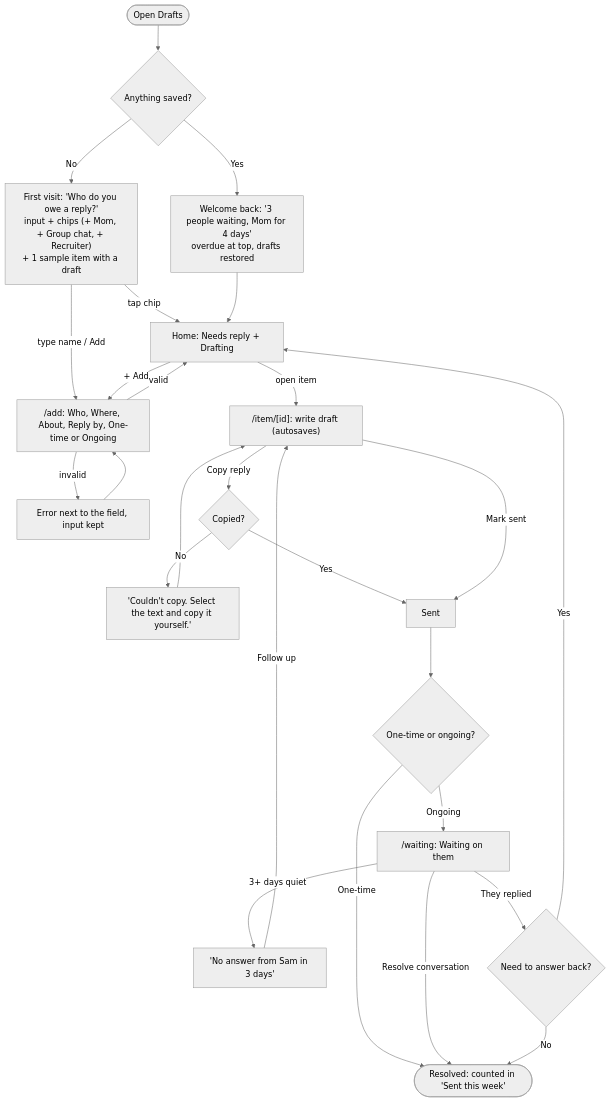
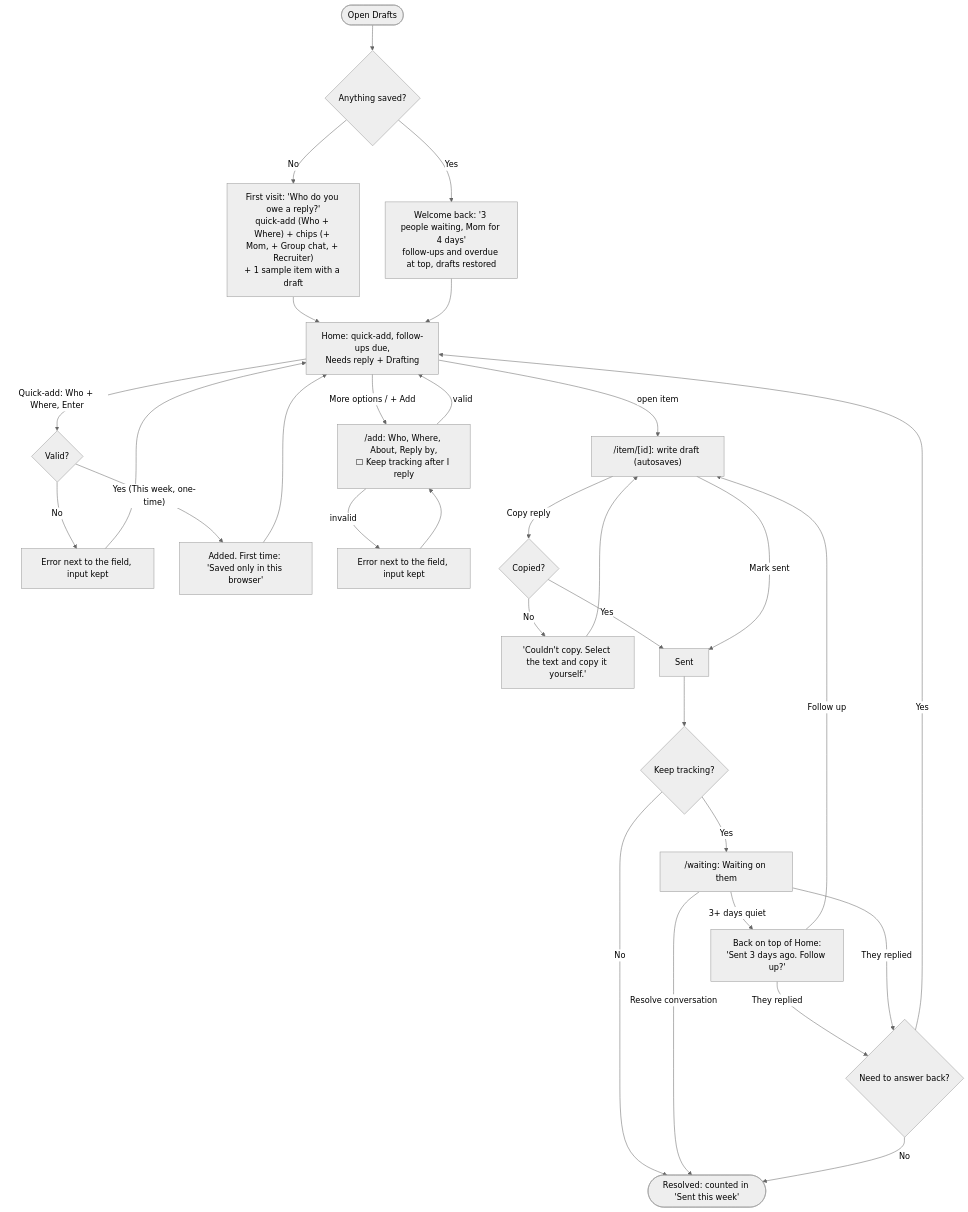
The diagram in README.md (jdaguas/dbs-w3), drawn with Mermaid (neutral theme) before and after one commit. The commit also changed 3 other files, not shown here.

````diff
--- a/README.md
+++ b/README.md
@@ -18,28 +18,31 @@
 ```mermaid
 flowchart TD
   Open([Open Drafts]) --> Saved{Anything saved?}
-  Saved -- No --> First["First visit: 'Who do you owe a reply?'<br/>input + chips (+ Mom, + Group chat, + Recruiter)<br/>+ 1 sample item with a draft"]
-  Saved -- Yes --> Back["Welcome back: '3 people waiting, Mom for 4 days'<br/>overdue at top, drafts restored"]
-  First -- tap chip --> List
-  First -- type name / Add --> Form
+  Saved -- No --> First["First visit: 'Who do you owe a reply?'<br/>quick-add (Who + Where) + chips (+ Mom, + Group chat, + Recruiter)<br/>+ 1 sample item with a draft"]
+  Saved -- Yes --> Back["Welcome back: '3 people waiting, Mom for 4 days'<br/>follow-ups and overdue at top, drafts restored"]
+  First --> List
   Back --> List
 
-  List["Home: Needs reply + Drafting"] -- "+ Add" --> Form
-  Form["/add: Who, Where, About, Reply by, One-time or Ongoing"] -- invalid --> Err["Error next to the field, input kept"] --> Form
+  List["Home: quick-add, follow-ups due,<br/>Needs reply + Drafting"] -- "Quick-add: Who + Where, Enter" --> QCheck{Valid?}
+  QCheck -- No --> QErr["Error next to the field, input kept"] --> List
+  QCheck -- "Yes (This week, one-time)" --> Toast["Added. First time: 'Saved only in this browser'"] --> List
+  List -- "More options / + Add" --> Form["/add: Who, Where, About, Reply by,<br/>☐ Keep tracking after I reply"]
+  Form -- invalid --> Err["Error next to the field, input kept"] --> Form
   Form -- valid --> List
 
   List -- open item --> Item["/item/[id]: write draft (autosaves)"]
   Item -- Copy reply --> Copied{Copied?}
   Copied -- No --> CopyErr["'Couldn't copy. Select the text and copy it yourself.'"] --> Item
   Copied -- Yes --> Sent
   Item -- Mark sent --> Sent["Sent"]
-  Sent --> Kind{One-time or ongoing?}
-  Kind -- One-time --> Done([Resolved: counted in 'Sent this week'])
-  Kind -- Ongoing --> Waiting["/waiting: Waiting on them"]
+  Sent --> Kind{Keep tracking?}
+  Kind -- No --> Done([Resolved: counted in 'Sent this week'])
+  Kind -- Yes --> Waiting["/waiting: Waiting on them"]
   Waiting -- Resolve conversation --> Done
-  Waiting -- "3+ days quiet" --> Nudge["'No answer from Sam in 3 days'"]
+  Waiting -- "3+ days quiet" --> Nudge["Back on top of Home:<br/>'Sent 3 days ago. Follow up?'"]
   Nudge -- Follow up --> Item
-  Waiting -- They replied --> Reply{Need to answer back?}
+  Nudge -- They replied --> Reply{Need to answer back?}
+  Waiting -- They replied --> Reply
   Reply -- Yes --> List
   Reply -- No --> Done
 ```
````
